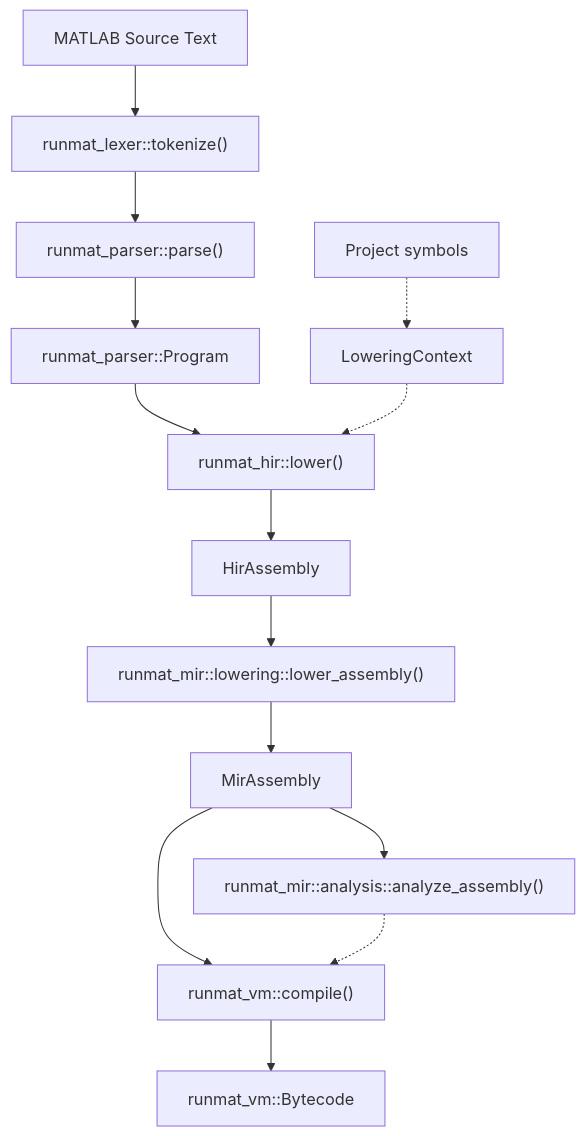
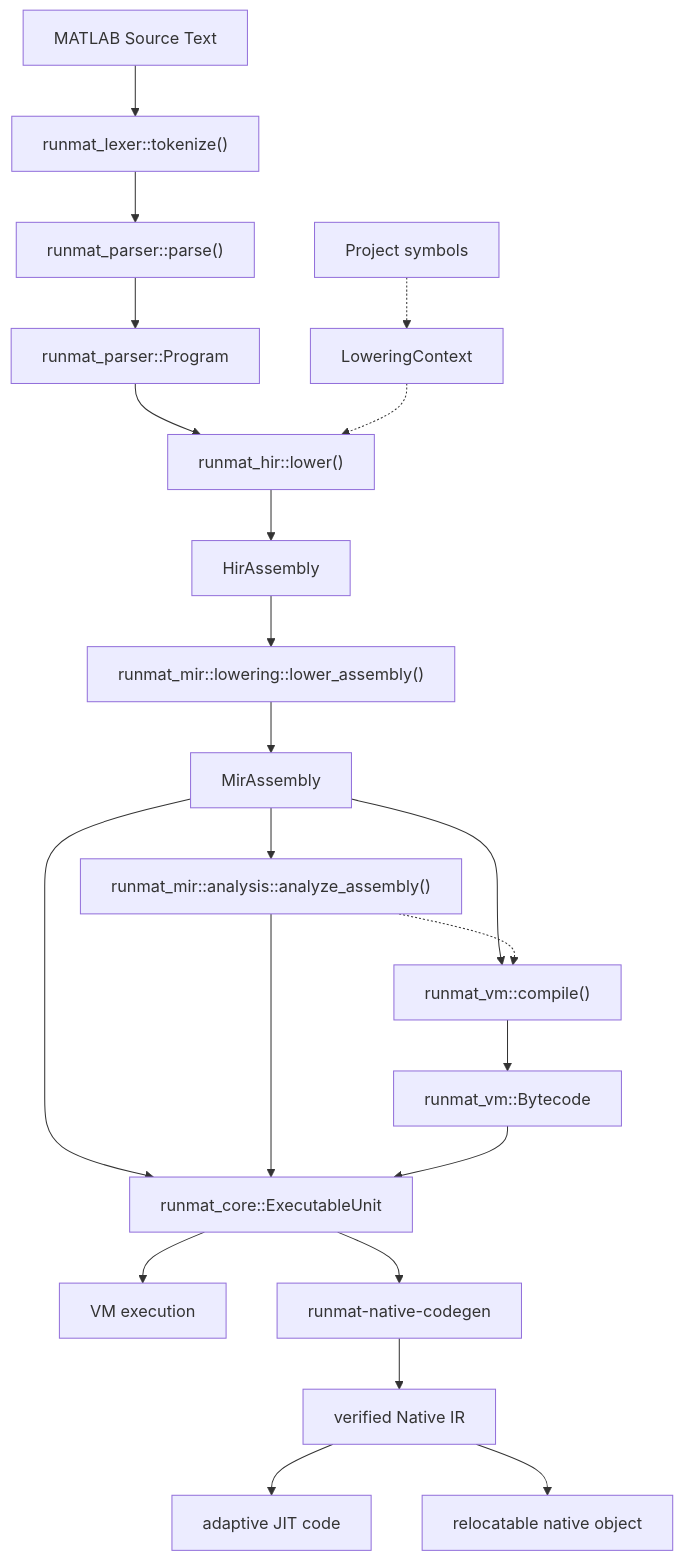
One commit to runmat-org/runmat changed the diagram in docs/compiler/index.md. Above: the diagram before and after it, drawn with Mermaid. The commit also changed other lines of this file and 8 other files, not shown here.

````diff
--- a/docs/compiler/index.md
+++ b/docs/compiler/index.md
@@ -20,34 +20,43 @@
 ```mermaid
 flowchart TD
-  %% Subgraph: runmat-vm
-  %% Subgraph: runmat-mir
-  %% Subgraph: runmat-hir
-  %% Subgraph: runmat-lexer & runmat-parser
-  %% Subgraph: Natural Language / Source Space
   Input["MATLAB Source Text"]
   Lexer["runmat_lexer::tokenize()"]
   Parser["runmat_parser::parse()"]
   AST["runmat_parser::Program"]
   LoweringCtx["LoweringContext"]
   ProjectSymbols["Project symbols"]
   HIR_Lower["runmat_hir::lower()"]
   Assembly["HirAssembly"]
   MIR_Lower["runmat_mir::lowering::lower_assembly()"]
   MIR_Data["MirAssembly"]
   Analysis["runmat_mir::analysis::analyze_assembly()"]
-  Compiler["runmat_vm::compile()"]
+  VMCompiler["runmat_vm::compile()"]
   Bytecode["runmat_vm::Bytecode"]
+  Unit["runmat_core::ExecutableUnit"]
+  VM["VM execution"]
+  NativeLower["runmat-native-codegen"]
+  NativeIR["verified Native IR"]
+  JIT["adaptive JIT code"]
+  AOT["relocatable native object"]
   Input --> Lexer
   Lexer --> Parser
   Parser --> AST
   ProjectSymbols -.-> LoweringCtx
   AST --> HIR_Lower
   LoweringCtx -.-> HIR_Lower
   HIR_Lower --> Assembly
   Assembly --> MIR_Lower
   MIR_Lower --> MIR_Data
   MIR_Data --> Analysis
-  MIR_Data --> Compiler
-  Analysis -.-> Compiler
-  Compiler --> Bytecode
+  MIR_Data --> VMCompiler
+  Analysis -.-> VMCompiler
+  VMCompiler --> Bytecode
+  MIR_Data --> Unit
+  Analysis --> Unit
+  Bytecode --> Unit
+  Unit --> VM
+  Unit --> NativeLower
+  NativeLower --> NativeIR
+  NativeIR --> JIT
+  NativeIR --> AOT
 ```
````
